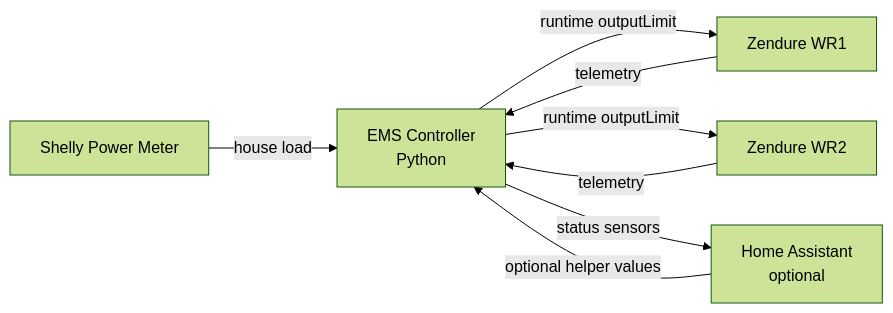
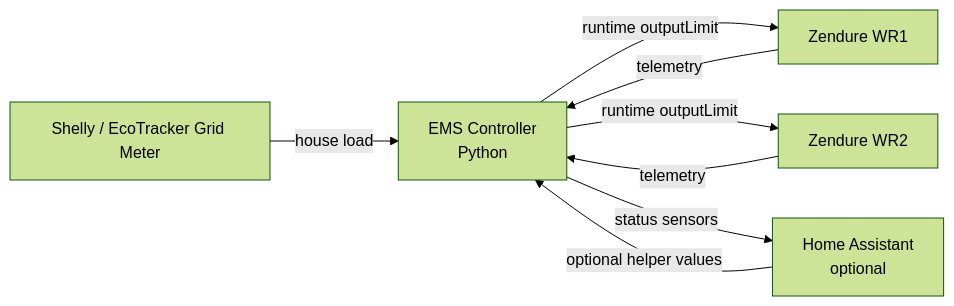
Before and after one commit to basecubedev/ems-solarflow-api-control: the diagram in README.md, drawn with Mermaid (forest theme). The commit also changed other lines of this file and 8 other files, not shown here.

Commit message:
Add everHome EcoTracker as Grid Meter Source

````diff
--- a/README.md
+++ b/README.md
@@ -98,20 +98,20 @@
 ```mermaid
 flowchart LR
 
-    Shelly["Shelly Power Meter"]
+    GridMeter["Shelly / EcoTracker Grid Meter"]
     EMS["EMS Controller\nPython"]
     WR1["Zendure WR1"]
     WR2["Zendure WR2"]
     HA["Home Assistant\noptional"]
 
-    Shelly -->|house load| EMS
+    GridMeter -->|house load| EMS
 
     WR1 -->|telemetry| EMS
     WR2 -->|telemetry| EMS
 
     EMS -->|runtime outputLimit| WR1
     EMS -->|runtime outputLimit| WR2
 
     EMS -->|status sensors| HA
     HA -->|optional helper values| EMS
 ```
````
